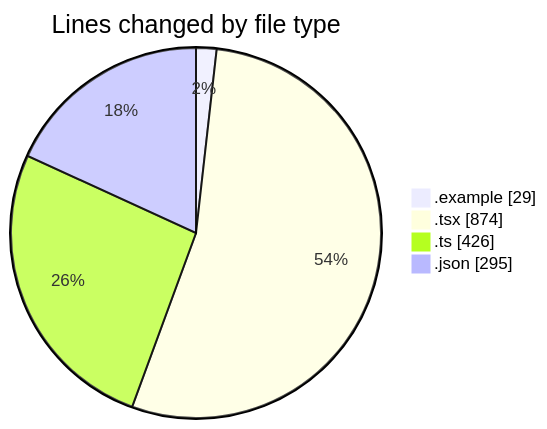
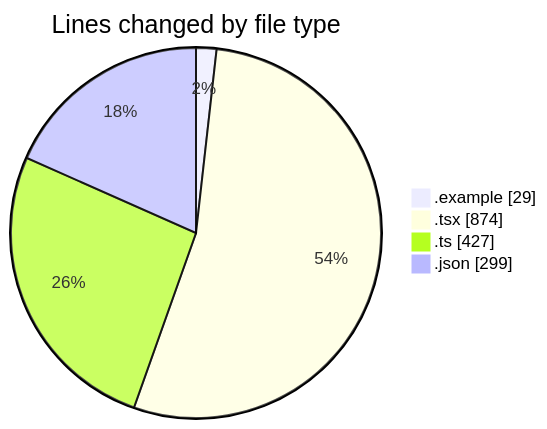
One commit to julien-gomy/code-tracking changed the first of 2 diagrams in 2025-11-16/eventscop-frontend-guide__workspace_/README.md. Above: the diagram before and after it, drawn with Mermaid. The commit also changed other lines of this file and 1 other file, not shown here.

````diff
--- a/2025-11-16/eventscop-frontend-guide__workspace_/README.md
+++ b/2025-11-16/eventscop-frontend-guide__workspace_/README.md
@@ -32,8 +33,8 @@
 ```mermaid
 pie showData
 title Lines changed by file type
 ".example" : 29
 ".tsx" : 874
-".ts" : 426
-".json" : 295
+".ts" : 427
+".json" : 299
 ```
````
